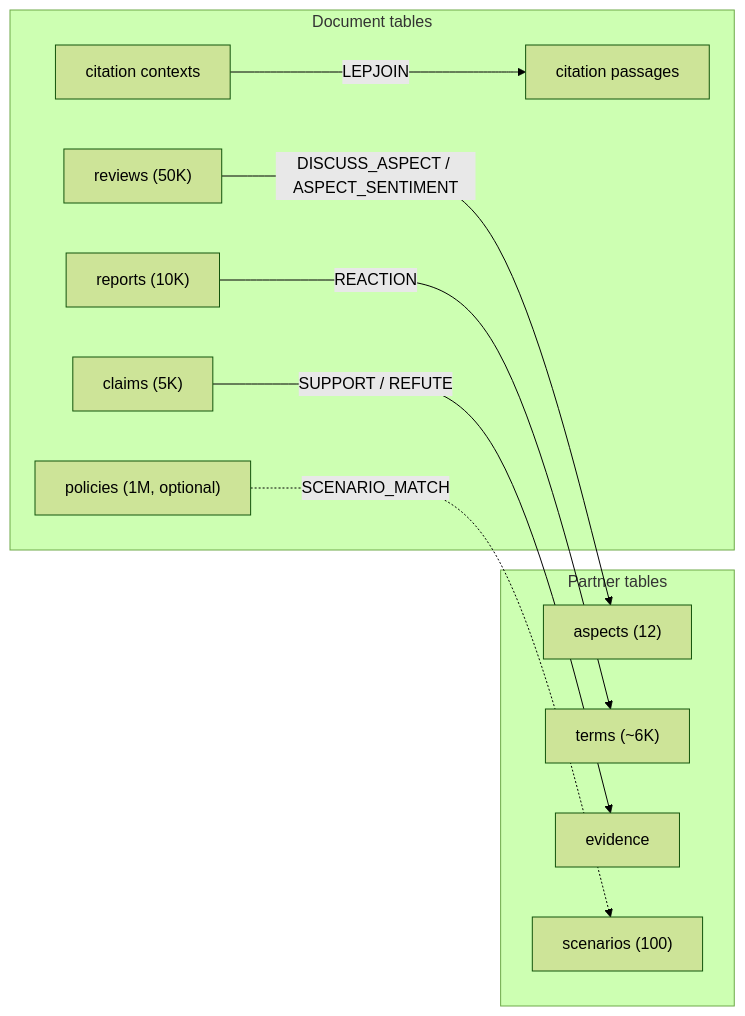
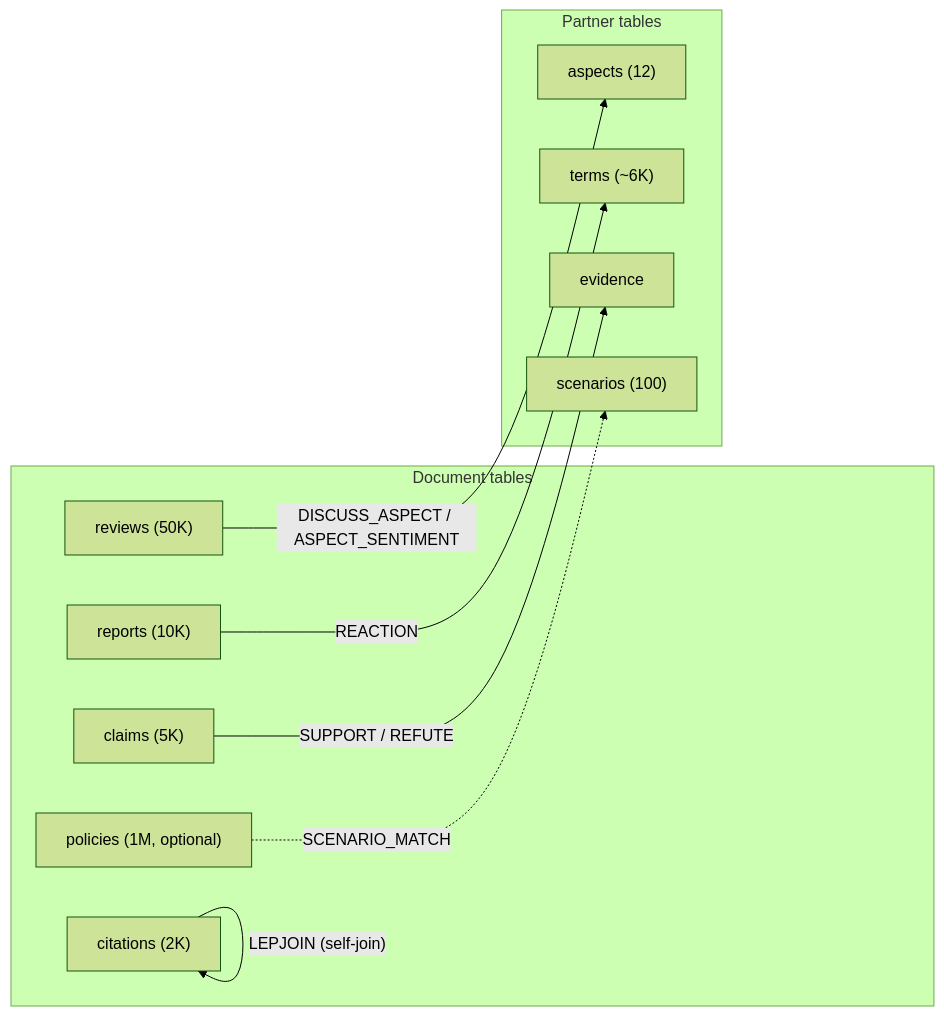
One commit to fsdatalab/quail changed the diagram in reports/engine-wiki.md. Above: the diagram before and after it, drawn with Mermaid (forest theme). The commit also changed other lines of this file and 11 other files, not shown here.

````diff
--- a/reports/engine-wiki.md
+++ b/reports/engine-wiki.md
@@ -1181,22 +1180,21 @@
 ```mermaid
 graph LR
     subgraph Document tables
         reviews["reviews (50K)"]
         reports["reports (10K)"]
         claims["claims (5K)"]
-        citation_contexts["citation contexts"]
-        citation_passages["citation passages"]
+        citations["citations (2K)"]
         policies["policies (1M, optional)"]
     end
     subgraph Partner tables
         aspects["aspects (12)"]
         terms["terms (~6K)"]
         evidence["evidence"]
         scenarios["scenarios (100)"]
     end
     reviews -- "DISCUSS_ASPECT / ASPECT_SENTIMENT" --> aspects
     reports -- "REACTION" --> terms
     claims -- "SUPPORT / REFUTE" --> evidence
-    citation_contexts -- "LEPJOIN" --> citation_passages
+    citations -- "LEPJOIN (self-join)" --> citations
     policies -. "SCENARIO_MATCH" .-> scenarios
 ```
````
